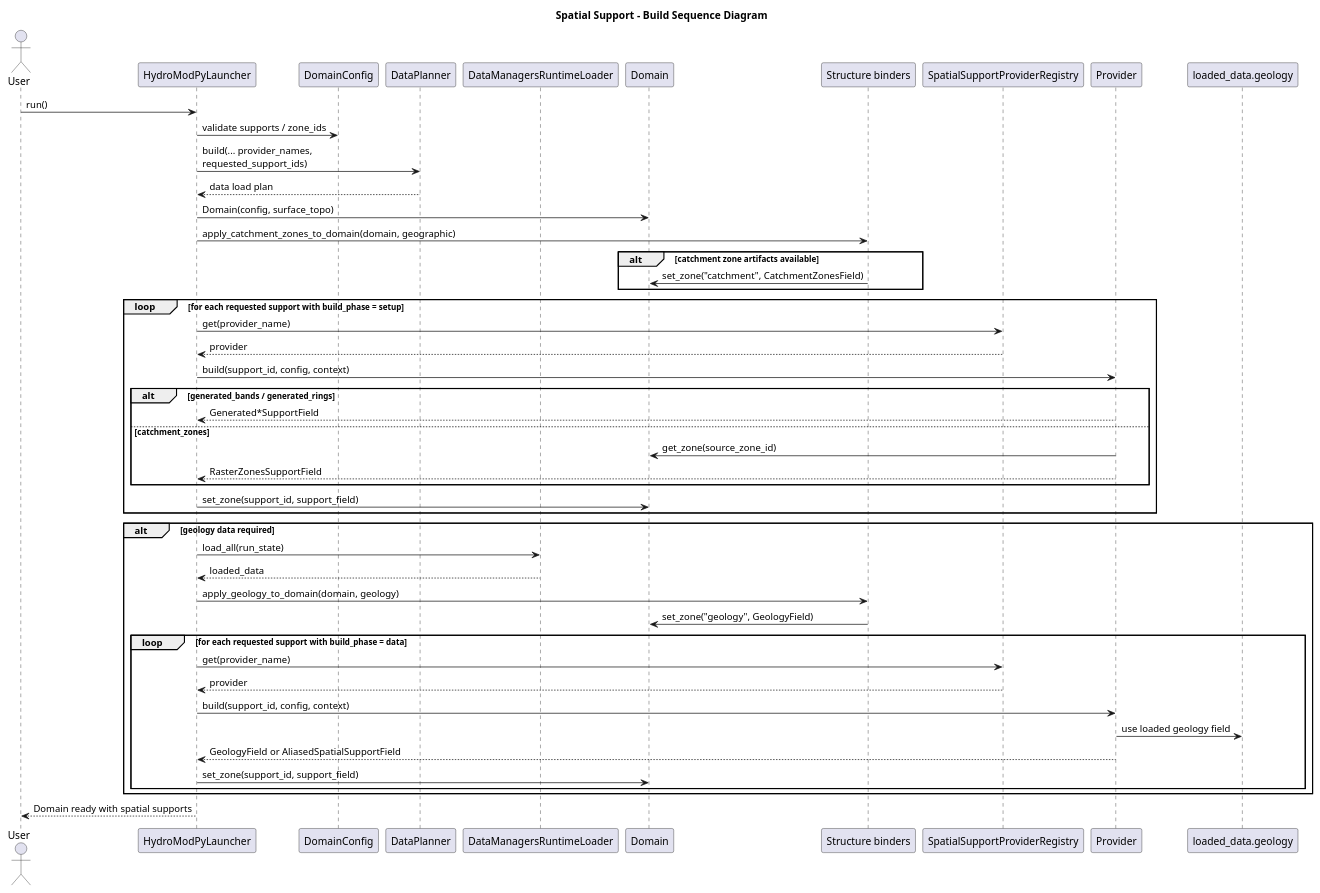
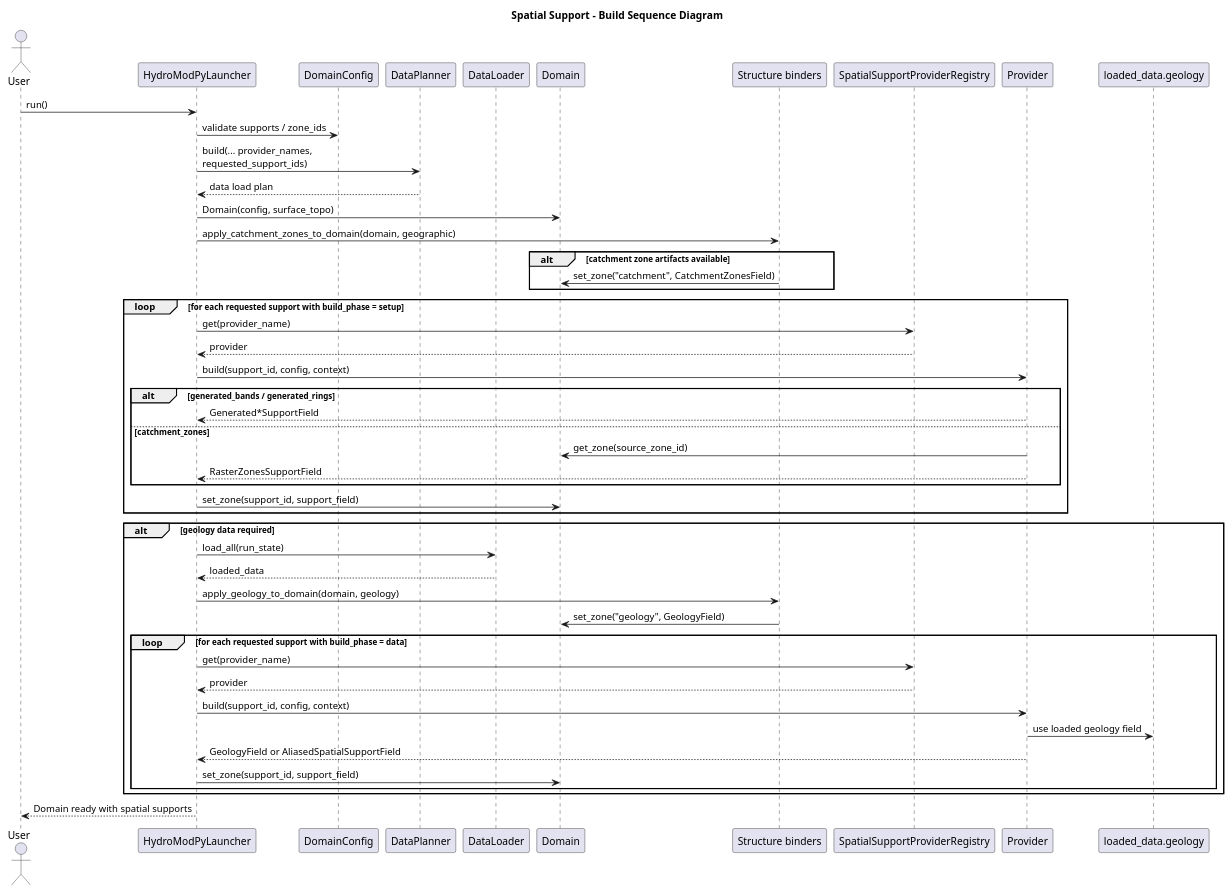
One commit to HydroModPy/HydroModPy changed the diagram in docs/source/contribute/architecture/spatial_support/diagrams/spatial_support_build_sequence.wsd. Above: the diagram before and after it, drawn with PlantUML. The commit also changed 469 other files, not shown here.

```diff
--- a/docs/source/contribute/architecture/spatial_support/diagrams/spatial_support_build_sequence.wsd
+++ b/docs/source/contribute/architecture/spatial_support/diagrams/spatial_support_build_sequence.wsd
@@ -1,56 +1,56 @@
 @startuml
 title Spatial Support - Build Sequence Diagram
 
 actor User
 participant "HydroModPyLauncher" as Launcher
 participant "DomainConfig" as DomainCfg
 participant "DataPlanner" as Planner
-participant "DataManagersRuntimeLoader" as Loader
+participant "DataLoader" as Loader
 participant "Domain" as Domain
 participant "Structure binders" as Binders
 participant "SpatialSupportProviderRegistry" as Registry
 participant "Provider" as Provider
 participant "loaded_data.geology" as Geology
 
 User -> Launcher: run()
 Launcher -> DomainCfg: validate supports / zone_ids
 Launcher -> Planner: build(... provider_names,\nrequested_support_ids)
 Planner --> Launcher: data load plan
 
 Launcher -> Domain: Domain(config, surface_topo)
 Launcher -> Binders: apply_catchment_zones_to_domain(domain, geographic)
 alt catchment zone artifacts available
   Binders -> Domain: set_zone("catchment", CatchmentZonesField)
 end
 
 loop for each requested support with build_phase = setup
   Launcher -> Registry: get(provider_name)
   Registry --> Launcher: provider
   Launcher -> Provider: build(support_id, config, context)
   alt generated_bands / generated_rings
     Provider --> Launcher: Generated*SupportField
   else catchment_zones
     Provider -> Domain: get_zone(source_zone_id)
     Provider --> Launcher: RasterZonesSupportField
   end
   Launcher -> Domain: set_zone(support_id, support_field)
 end
 
 alt geology data required
   Launcher -> Loader: load_all(run_state)
   Loader --> Launcher: loaded_data
   Launcher -> Binders: apply_geology_to_domain(domain, geology)
   Binders -> Domain: set_zone("geology", GeologyField)
 
   loop for each requested support with build_phase = data
     Launcher -> Registry: get(provider_name)
     Registry --> Launcher: provider
     Launcher -> Provider: build(support_id, config, context)
     Provider -> Geology: use loaded geology field
     Provider --> Launcher: GeologyField or AliasedSpatialSupportField
     Launcher -> Domain: set_zone(support_id, support_field)
   end
 end
 
 Launcher --> User: Domain ready with spatial supports
 @enduml
```
